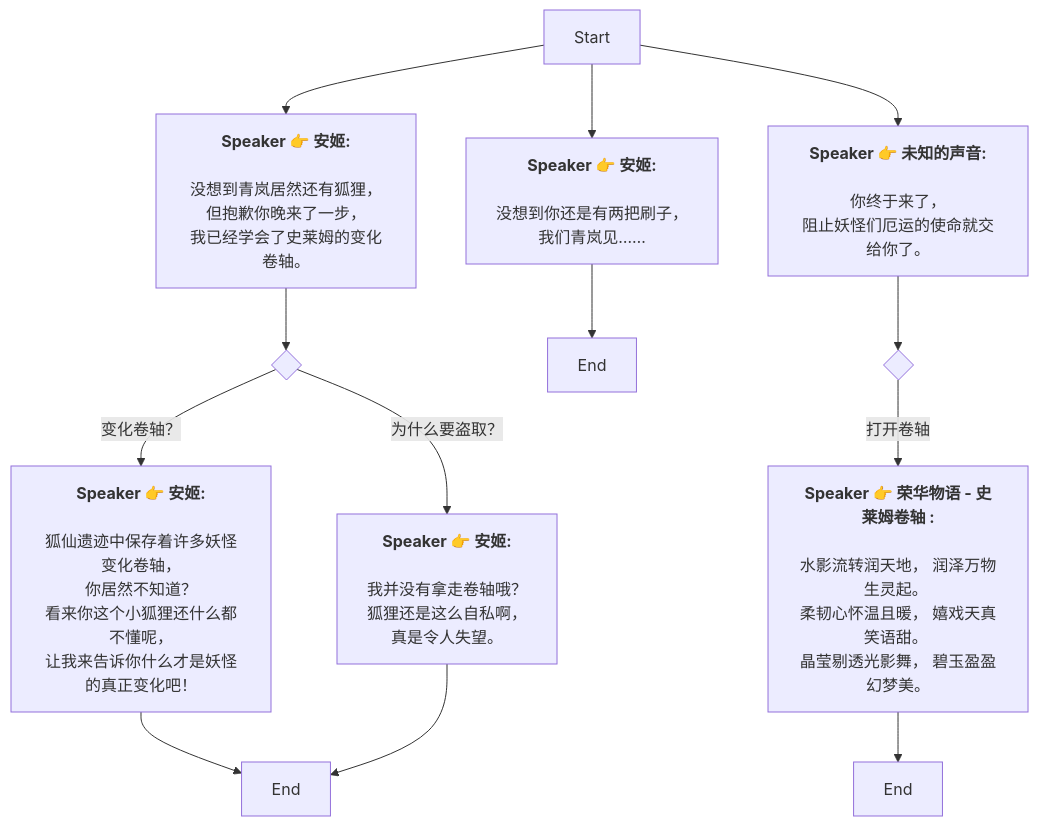
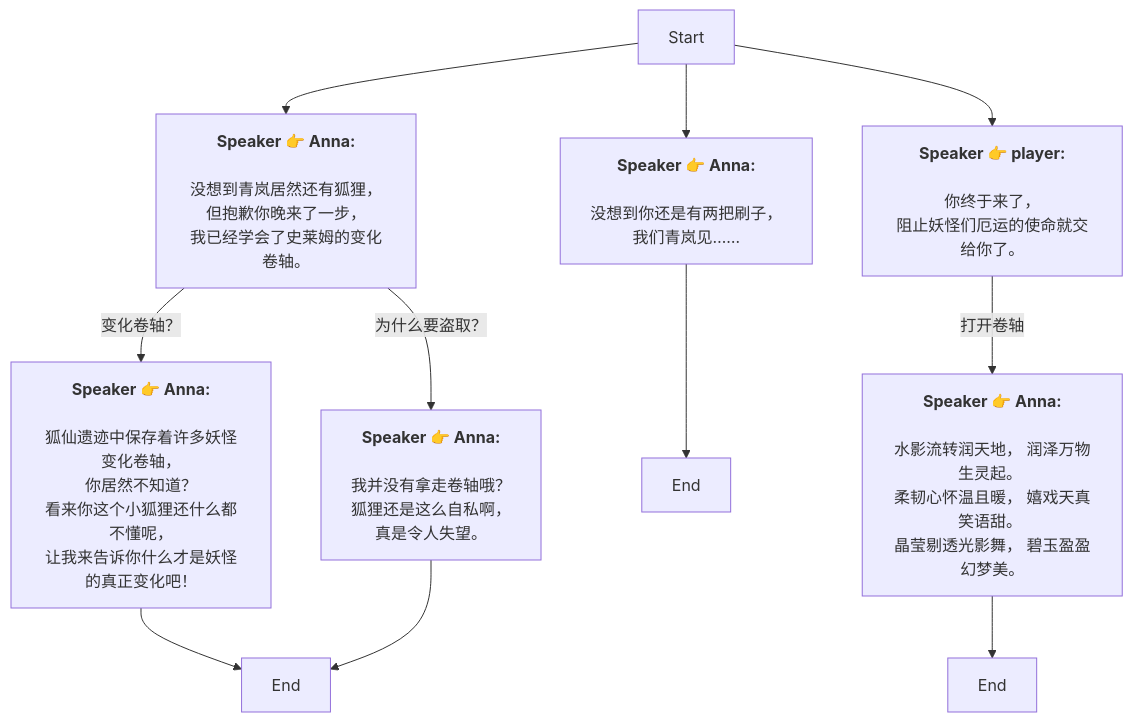
One commit to SoftHu/tos_avg changed the diagram in Zh/BossFightAnji.md. Above: the diagram before and after it, drawn with Mermaid. The commit also changed 737 other files, not shown here.

````diff
--- a/Zh/BossFightAnji.md
+++ b/Zh/BossFightAnji.md
@@ -1,39 +1,30 @@
 ```mermaid
 graph
-Start -->1761904066451096[<b>Speaker 👉 安姬:</b>
-
-没想到青岚居然还有狐狸，
+Start -->1761904066451096[<b>Speaker 👉 Anna:</b>
+\n没想到青岚居然还有狐狸，
 但抱歉你晚来了一步，
 我已经学会了史莱姆的变化卷轴。]
-1761904066451096 -->1761904203021977{ }
-1761904203021977 -->|变化卷轴？|1761904219436703[<b>Speaker 👉 安姬:</b>
-
-狐仙遗迹中保存着许多妖怪变化卷轴，
-你居然不知道？
-看来你这个小狐狸还什么都不懂呢，
+1761904066451096 -->|变化卷轴？|1761904219436703[<b>Speaker 👉 Anna:</b>
+\n狐仙遗迹中保存着许多妖怪变化卷轴，
+你居然不知道？\n看来你这个小狐狸还什么都不懂呢，
 让我来告诉你什么才是妖怪的真正变化吧！]
-1761904203021977 -->|为什么要盗取？|1761904217338526[<b>Speaker 👉 安姬:</b>
-
-我并没有拿走卷轴哦？
+1761904066451096 -->|为什么要盗取？|1761904217338526[<b>Speaker 👉 Anna:</b>
+\n我并没有拿走卷轴哦？
 狐狸还是这么自私啊，
 真是令人失望。]
 1761904219436703 -->1761904296355488[End]
 1761904217338526 -->1761904296355488[End]
-Start -->1761904323485346[<b>Speaker 👉 安姬:</b>
-
-没想到你还是有两把刷子，
+Start -->1761904323485346[<b>Speaker 👉 Anna:</b>
+\n没想到你还是有两把刷子，
 我们青岚见……]
 1761904323485346 -->1761904334855843[End]
-Start -->1761904364511909[<b>Speaker 👉 未知的声音:</b>
-
-你终于来了，
+Start -->1761904364511909[<b>Speaker 👉 player:</b>
+\n你终于来了，
 阻止妖怪们厄运的使命就交给你了。]
-1761904364511909 -->1761904590170794{ }
-1761904590170794 -->|打开卷轴|1761904609494703[<b>Speaker 👉 荣华物语 - 史莱姆卷轴 :</b>
-
-水影流转润天地， 润泽万物生灵起。 
+1761904364511909 -->|打开卷轴|1761904609494703[<b>Speaker 👉 Anna:</b>
+\n水影流转润天地， 润泽万物生灵起。 
 柔韧心怀温且暖， 嬉戏天真笑语甜。 
 晶莹剔透光影舞， 碧玉盈盈幻梦美。]
 1761904609494703 -->1761905058233008[End]
 
- ```
+```
````
